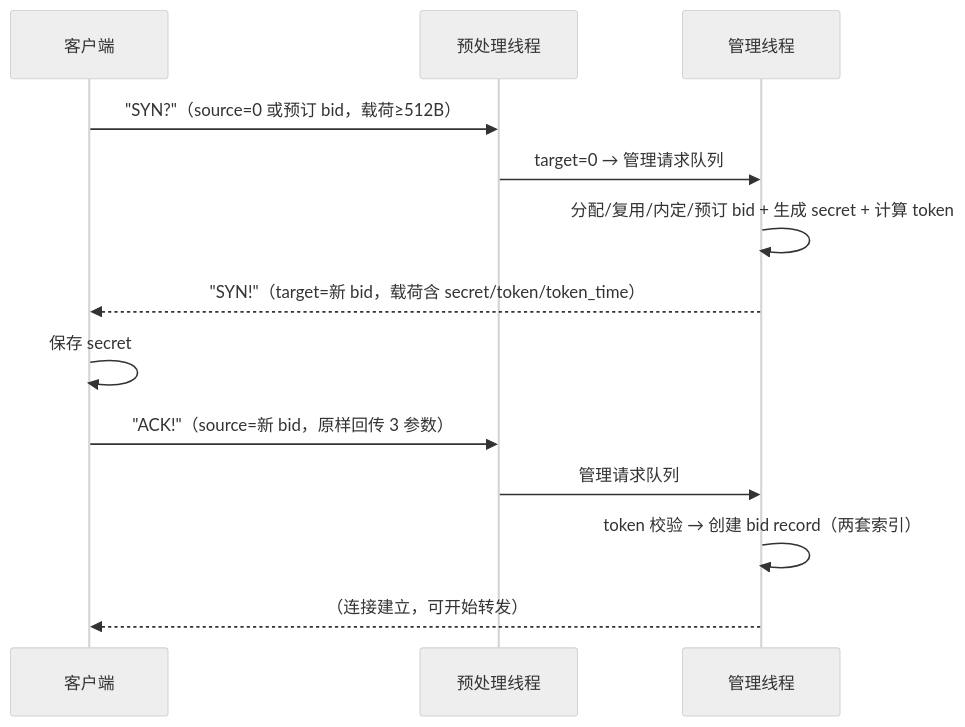
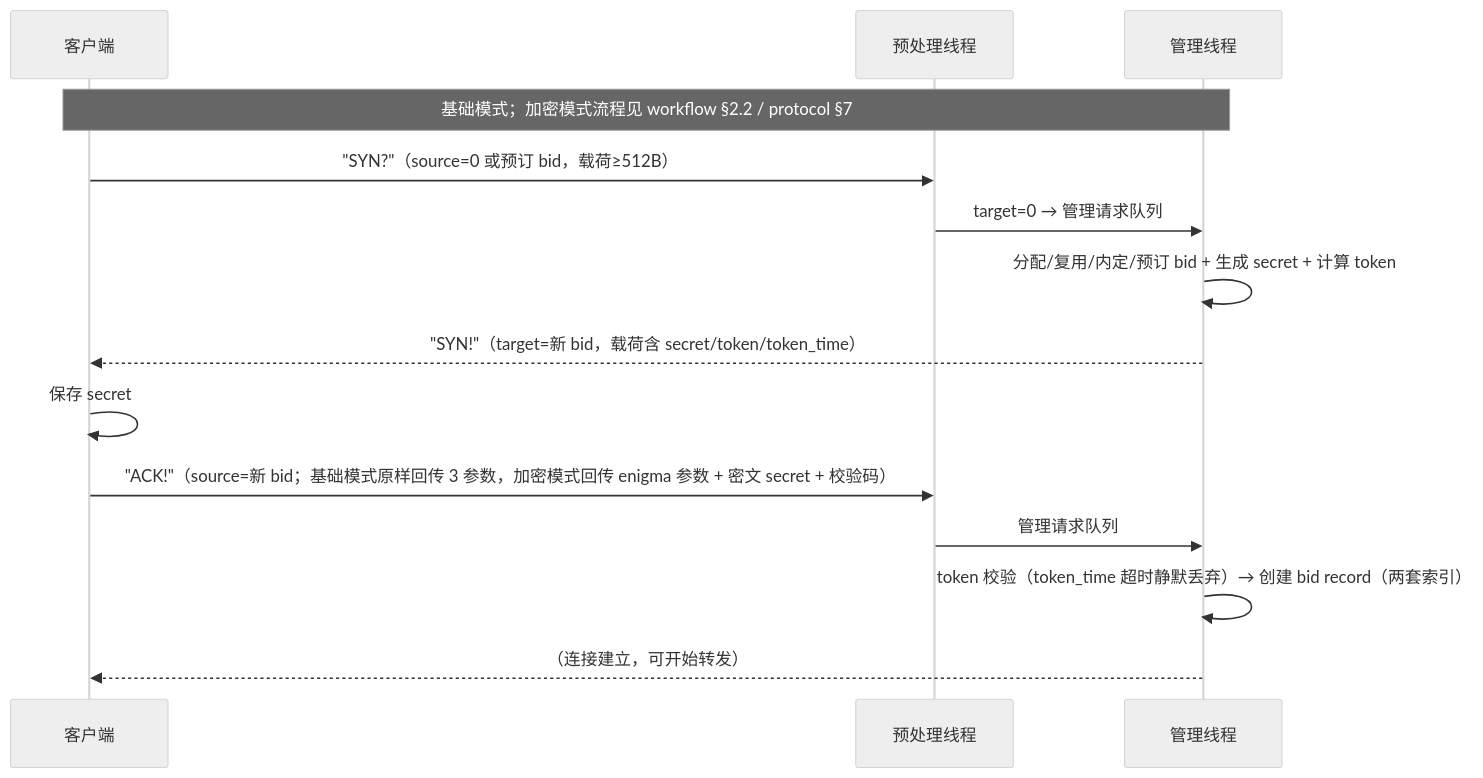
The second of 3 diagrams in docs/architecture.md (moky/magpie), drawn with Mermaid (neutral theme) before and after one commit. The commit also changed other lines of this file and 9 other files, not shown here.

````diff
--- a/docs/architecture.md
+++ b/docs/architecture.md
@@ -207,16 +207,17 @@
 ```mermaid
 sequenceDiagram
     participant C as 客户端
     participant P as 预处理线程
     participant M as 管理线程
 
+    Note over C,M: 基础模式；加密模式流程见 workflow §2.2 / protocol §7
     C->>P: "SYN?"（source=0 或预订 bid，载荷≥512B）
     P->>M: target=0 → 管理请求队列
     M->>M: 分配/复用/内定/预订 bid + 生成 secret + 计算 token
     M-->>C: "SYN!"（target=新 bid，载荷含 secret/token/token_time）
     C->>C: 保存 secret
-    C->>P: "ACK!"（source=新 bid，原样回传 3 参数）
+    C->>P: "ACK!"（source=新 bid；基础模式原样回传 3 参数，加密模式回传 enigma 参数 + 密文 secret + 校验码）
     P->>M: 管理请求队列
-    M->>M: token 校验 → 创建 bid record（两套索引）
+    M->>M: token 校验（token_time 超时静默丢弃）→ 创建 bid record（两套索引）
     M-->>C: （连接建立，可开始转发）
 ```
````
